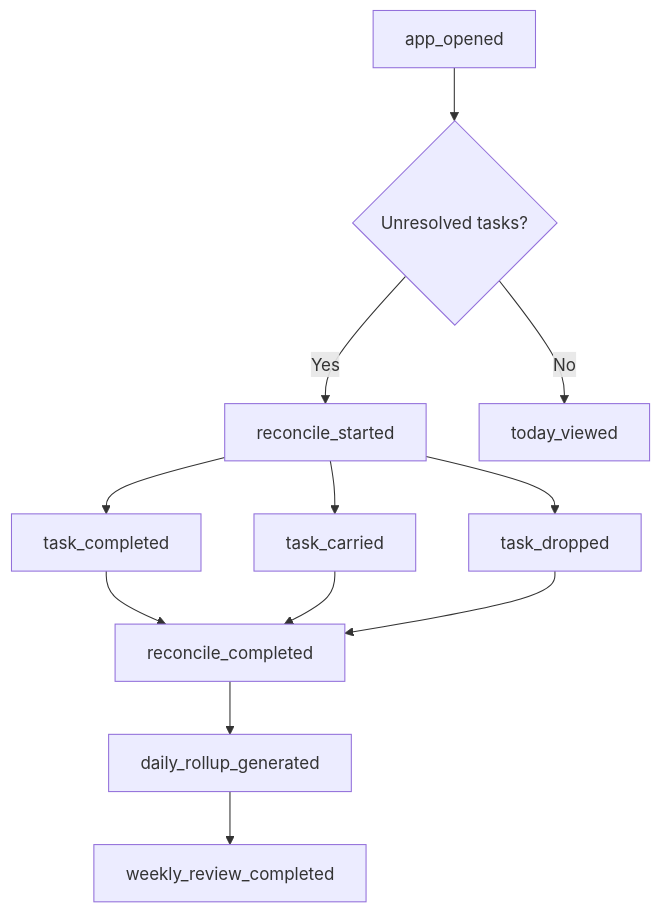
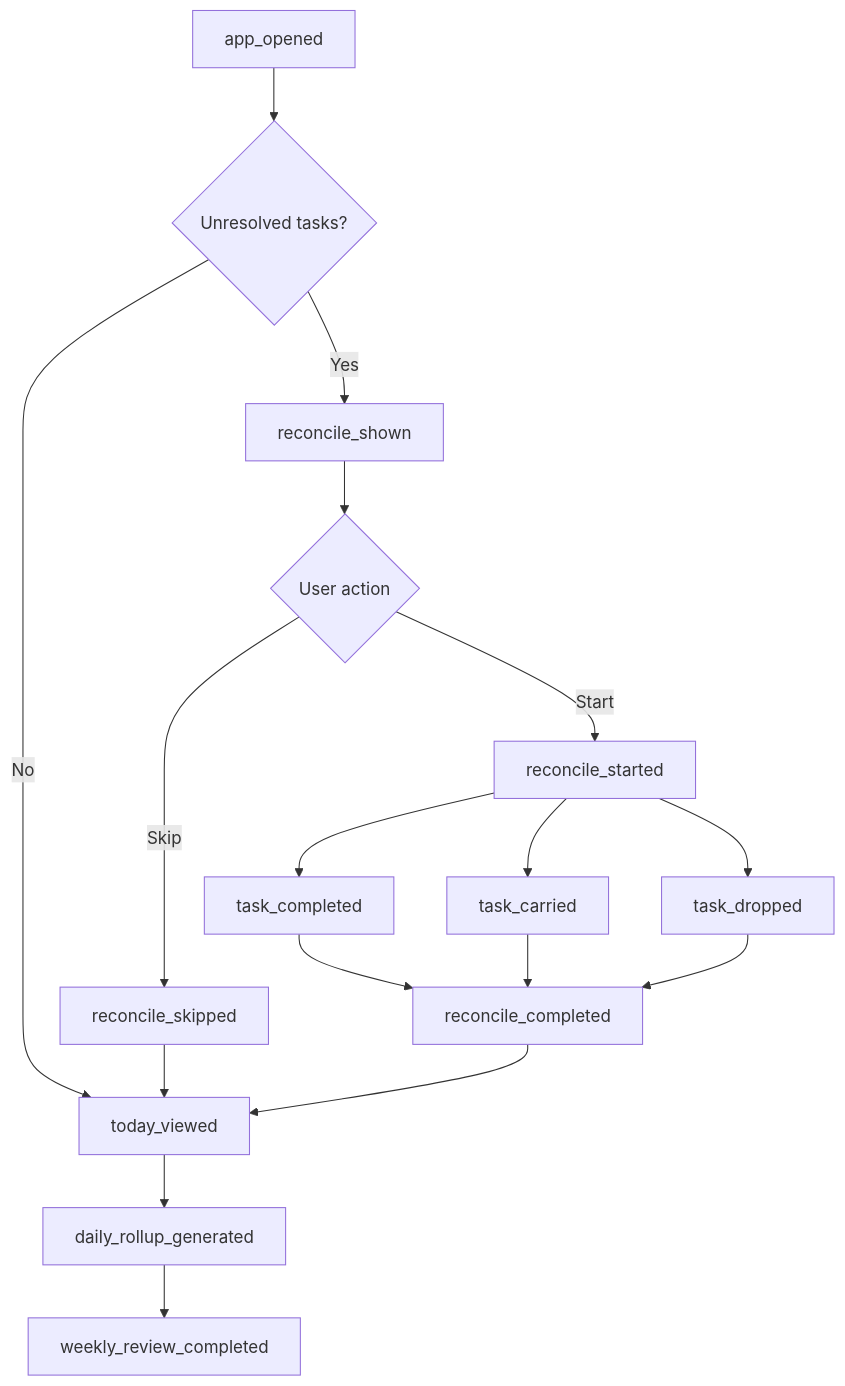
One commit to mahdidelavarz/adaptivePlannerMindMap changed the diagram in 04-Specs/event-taxonomy.md. Above: the diagram before and after it, drawn with Mermaid. The commit also changed other lines of this file, not shown here.

Commit message:
Add reconcile skip events and goal-linked task events

````diff
--- a/04-Specs/event-taxonomy.md
+++ b/04-Specs/event-taxonomy.md
@@ -58,17 +80,23 @@
 ```mermaid
 flowchart TD
   A["app_opened"] --> B{"Unresolved tasks?"}
-  B -->|Yes| C["reconcile_started"]
+  B -->|Yes| C["reconcile_shown"]
   B -->|No| D["today_viewed"]
 
-  C --> E["task_completed"]
-  C --> F["task_carried"]
-  C --> G["task_dropped"]
+  C --> E{"User action"}
+  E -->|Start| F["reconcile_started"]
+  E -->|Skip| G["reconcile_skipped"]
 
-  E --> H["reconcile_completed"]
-  F --> H
-  G --> H
+  F --> H["task_completed"]
+  F --> I["task_carried"]
+  F --> J["task_dropped"]
 
-  H --> I["daily_rollup_generated"]
-  I --> J["weekly_review_completed"]
+  H --> K["reconcile_completed"]
+  I --> K
+  J --> K
+  G --> D
+  K --> D
+
+  D --> L["daily_rollup_generated"]
+  L --> M["weekly_review_completed"]
 ```
````
